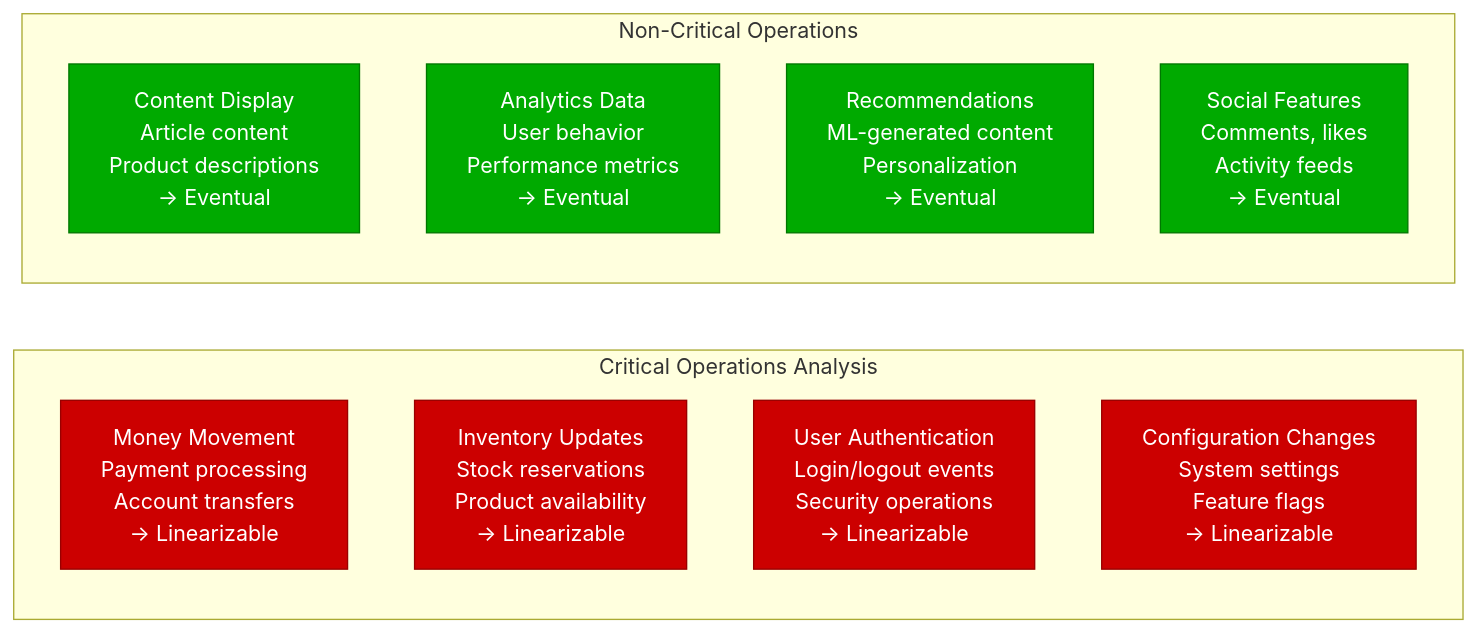
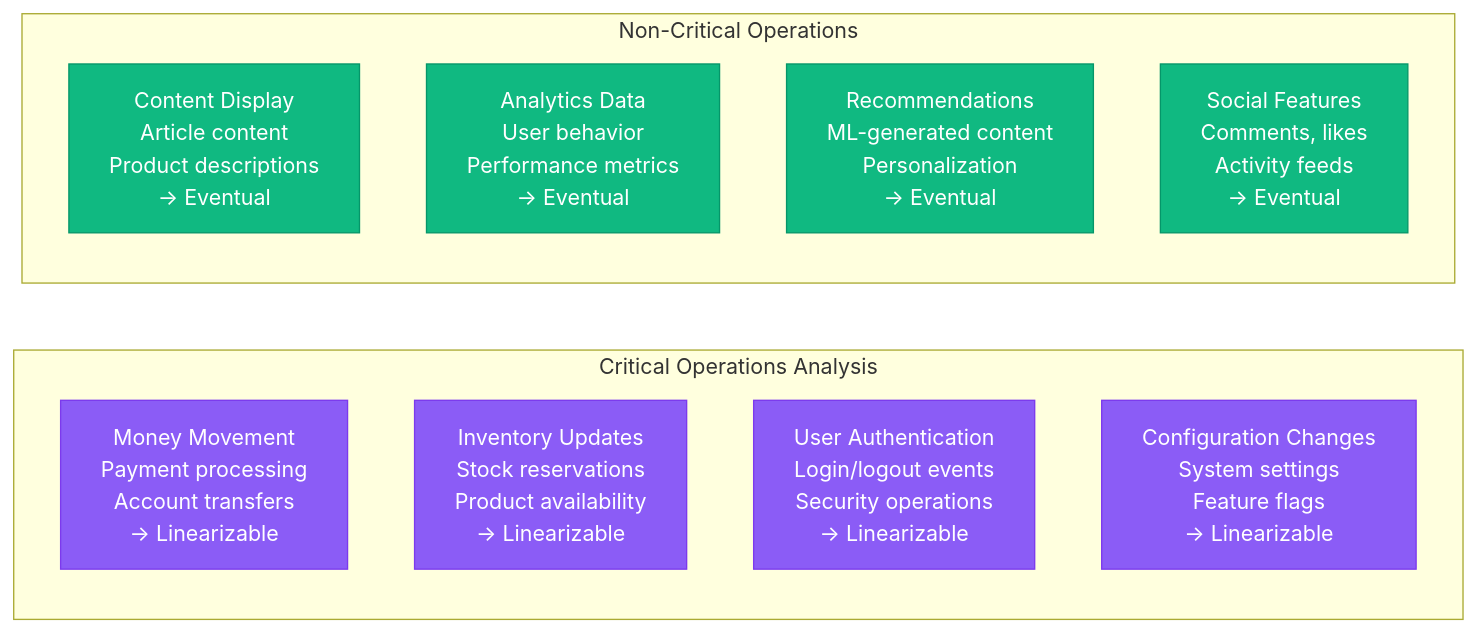
Diagram 11 of 11 in site/docs/guarantees/linearizability/linearizability-tradeoffs.md (deepaucksharma/DS), drawn with Mermaid before and after one commit. The commit also changed other lines of this file and 303 other files, not shown here.

````diff
--- a/site/docs/guarantees/linearizability/linearizability-tradeoffs.md
+++ b/site/docs/guarantees/linearizability/linearizability-tradeoffs.md
@@ -443,22 +443,22 @@
 ```mermaid
 graph LR
     subgraph CriticalOperations[Critical Operations Analysis]
         CO1[Money Movement<br/>Payment processing<br/>Account transfers<br/>→ Linearizable]
         CO2[Inventory Updates<br/>Stock reservations<br/>Product availability<br/>→ Linearizable]
         CO3[User Authentication<br/>Login/logout events<br/>Security operations<br/>→ Linearizable]
         CO4[Configuration Changes<br/>System settings<br/>Feature flags<br/>→ Linearizable]
     end
 
     subgraph NonCriticalOperations[Non-Critical Operations]
         NC1[Content Display<br/>Article content<br/>Product descriptions<br/>→ Eventual]
         NC2[Analytics Data<br/>User behavior<br/>Performance metrics<br/>→ Eventual]
         NC3[Recommendations<br/>ML-generated content<br/>Personalization<br/>→ Eventual]
         NC4[Social Features<br/>Comments, likes<br/>Activity feeds<br/>→ Eventual]
     end
 
-    classDef criticalStyle fill:#CC0000,stroke:#990000,color:#fff
-    classDef nonCriticalStyle fill:#00AA00,stroke:#007700,color:#fff
+    classDef criticalStyle fill:#8B5CF6,stroke:#7C3AED,color:#fff
+    classDef nonCriticalStyle fill:#10B981,stroke:#059669,color:#fff
 
     class CO1,CO2,CO3,CO4 criticalStyle
     class NC1,NC2,NC3,NC4 nonCriticalStyle
 ```
````
